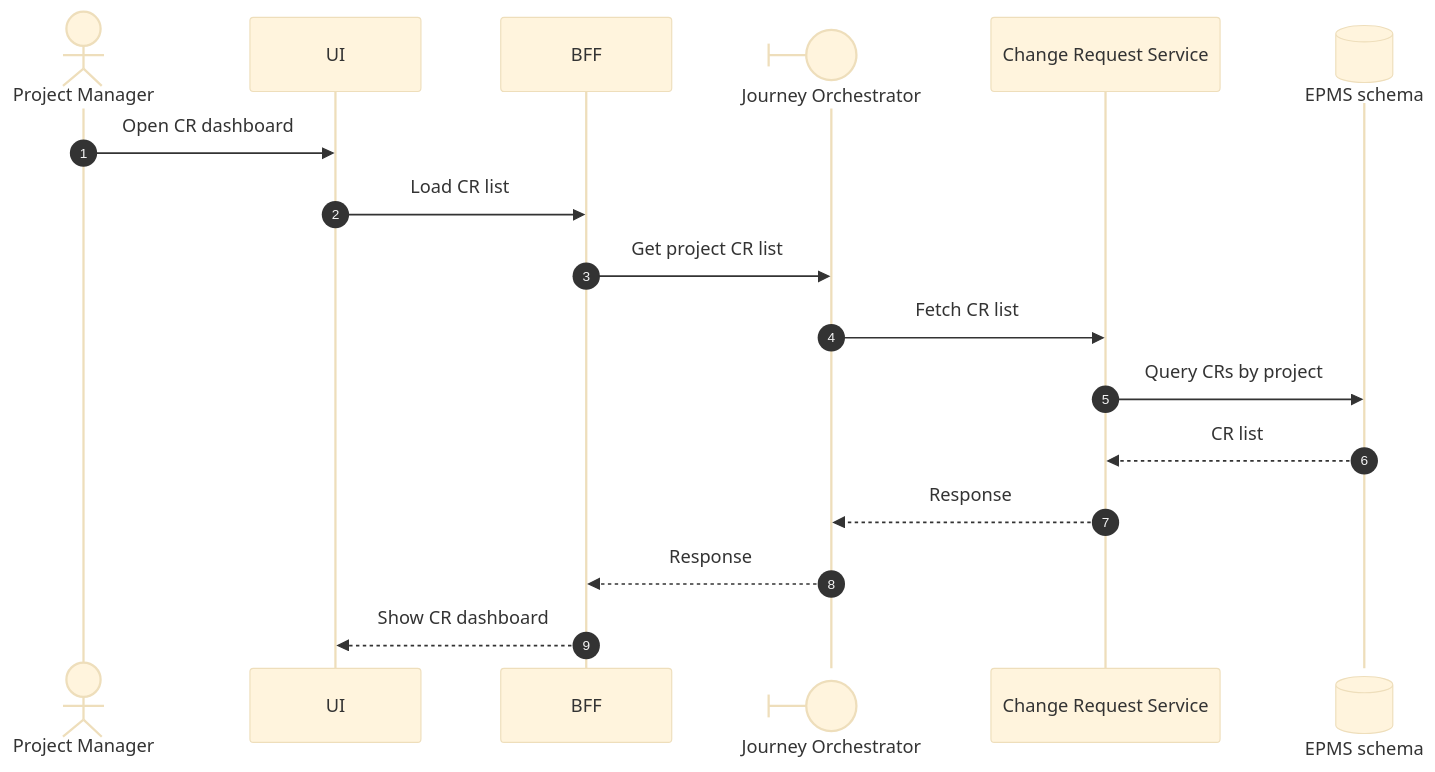
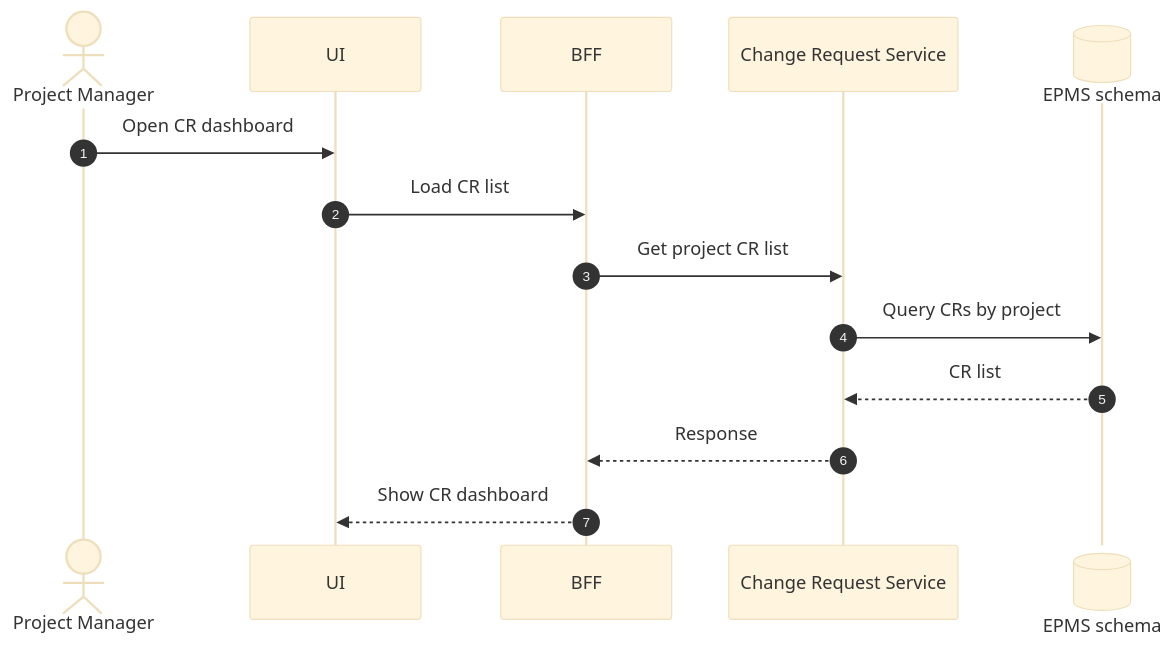
Before and after one commit to sougata2000/epms: the diagram in 02 Solution Architecture/diagrams/Execution/vire cr dashboard.mmd, drawn with Mermaid. The commit also changed 41 other files, not shown here.

```diff
--- a/02 Solution Architecture/diagrams/Execution/vire cr dashboard.mmd
+++ b/02 Solution Architecture/diagrams/Execution/vire cr dashboard.mmd
@@ -1,25 +1,24 @@
 ---
 config:
   sequence: {}
   theme: base
 ---
 %%{init: {'flowchart': {'compactMode': true}}}%%
 sequenceDiagram
 autonumber
 actor PM as Project Manager
 
 participant UI
 participant BFF
-participant ORCH@{ "type":"boundary", "alias":"Journey Orchestrator"}
+%%participant ORCH@{ "type":"boundary", "alias":"Journey Orchestrator"}
 participant CR as Change Request Service
 participant READDB@{ "type": "database", "alias": "EPMS schema"}
 
 PM->>UI: Open CR dashboard
 UI->>BFF: Load CR list
-BFF->>ORCH: Get project CR list
-ORCH->>CR: Fetch CR list
+BFF->>CR: Get project CR list
+%%ORCH->>CR: Fetch CR list
 CR->>READDB: Query CRs by project
 READDB-->>CR: CR list
-CR-->>ORCH: Response
-ORCH-->>BFF: Response
+CR-->>BFF: Response
 BFF-->>UI: Show CR dashboard
```
